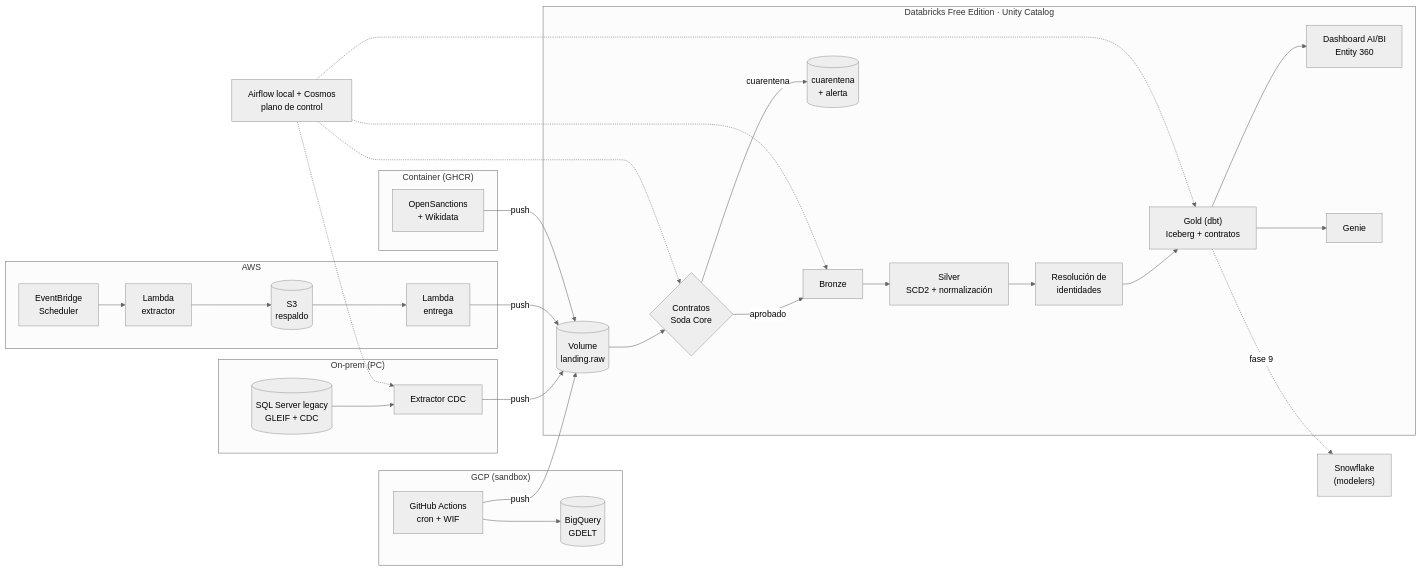
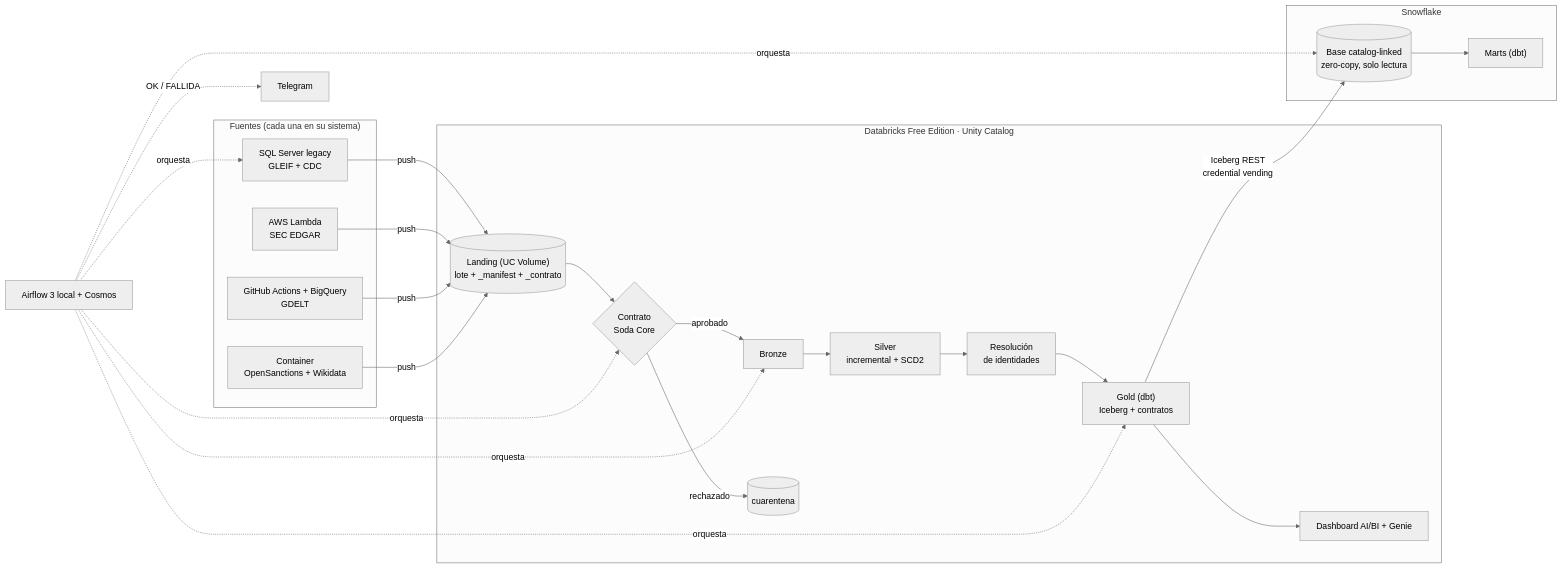
One commit to oechenique/entity360-multicloud-databricks changed the diagram in README.md. Above: the diagram before and after it, drawn with Mermaid (neutral theme). The commit also changed other lines of this file and 1 other file, not shown here.

````diff
--- a/README.md
+++ b/README.md
@@ -33,28 +26,24 @@
 ```mermaid
 flowchart LR
-  subgraph onprem["On-prem (PC)"]
-    SQL[("SQL Server legacy<br/>GLEIF + CDC")] --> CDC["Extractor CDC"]
-  end
-  subgraph aws["AWS"]
-    EB["EventBridge<br/>Scheduler"] --> L1["Lambda<br/>extractor"] --> S3[("S3<br/>respaldo")] --> L2["Lambda<br/>entrega"]
-  end
-  subgraph gcp["GCP (sandbox)"]
-    GA["GitHub Actions<br/>cron + WIF"] --> BQ[("BigQuery<br/>GDELT")]
-  end
-  subgraph cont["Container (GHCR)"]
-    ENR["OpenSanctions<br/>+ Wikidata"]
+  subgraph fuentes["Fuentes (cada una en su sistema)"]
+    CDC["SQL Server legacy<br/>GLEIF + CDC"]
+    SEC["AWS Lambda<br/>SEC EDGAR"]
+    GD["GitHub Actions + BigQuery<br/>GDELT"]
+    ENR["Container<br/>OpenSanctions + Wikidata"]
   end
   subgraph dbx["Databricks Free Edition · Unity Catalog"]
-    LAND[("Volume<br/>landing.raw")] --> SODA{"Contratos<br/>Soda Core"}
-    SODA -->|aprobado| BRZ["Bronze"] --> SLV["Silver<br/>SCD2 + normalización"] --> RES["Resolución de<br/>identidades"] --> GOLD["Gold (dbt)<br/>Iceberg + contratos"]
-    SODA -->|cuarentena| Q[("cuarentena<br/>+ alerta")]
-    GOLD --> DASH["Dashboard AI/BI<br/>Entity 360"]
-    GOLD --> GENIE["Genie"]
+    LAND[("Landing (UC Volume)<br/>lote + _manifest + _contrato")]
+    SODA{"Contrato<br/>Soda Core"}
+    BRZ["Bronze"] --> SLV["Silver<br/>incremental + SCD2"] --> RES["Resolución<br/>de identidades"] --> GOLD["Gold (dbt)<br/>Iceberg + contratos"]
+    LAND --> SODA -->|aprobado| BRZ
+    SODA -->|rechazado| Q[("cuarentena")]
+    GOLD --> CONS["Dashboard AI/BI + Genie"]
   end
-  CDC -->|push| LAND
-  L2 -->|push| LAND
-  GA -->|push| LAND
-  ENR -->|push| LAND
-  GOLD -.->|fase 9| SNOW["Snowflake<br/>(modelers)"]
-  AF["Airflow local + Cosmos<br/>plano de control"] -.-> CDC & SODA & BRZ & GOLD
+  subgraph snow["Snowflake"]
+    LINK[("Base catalog-linked<br/>zero-copy, solo lectura")] --> MARTS["Marts (dbt)"]
+  end
+  CDC & SEC & GD & ENR -->|push| LAND
+  GOLD -->|Iceberg REST<br/>credential vending| LINK
+  AF["Airflow 3 local + Cosmos"] -.orquesta.-> CDC & SODA & BRZ & GOLD & LINK
+  AF -.->|OK / FALLIDA| TG["Telegram"]
 ```
````
